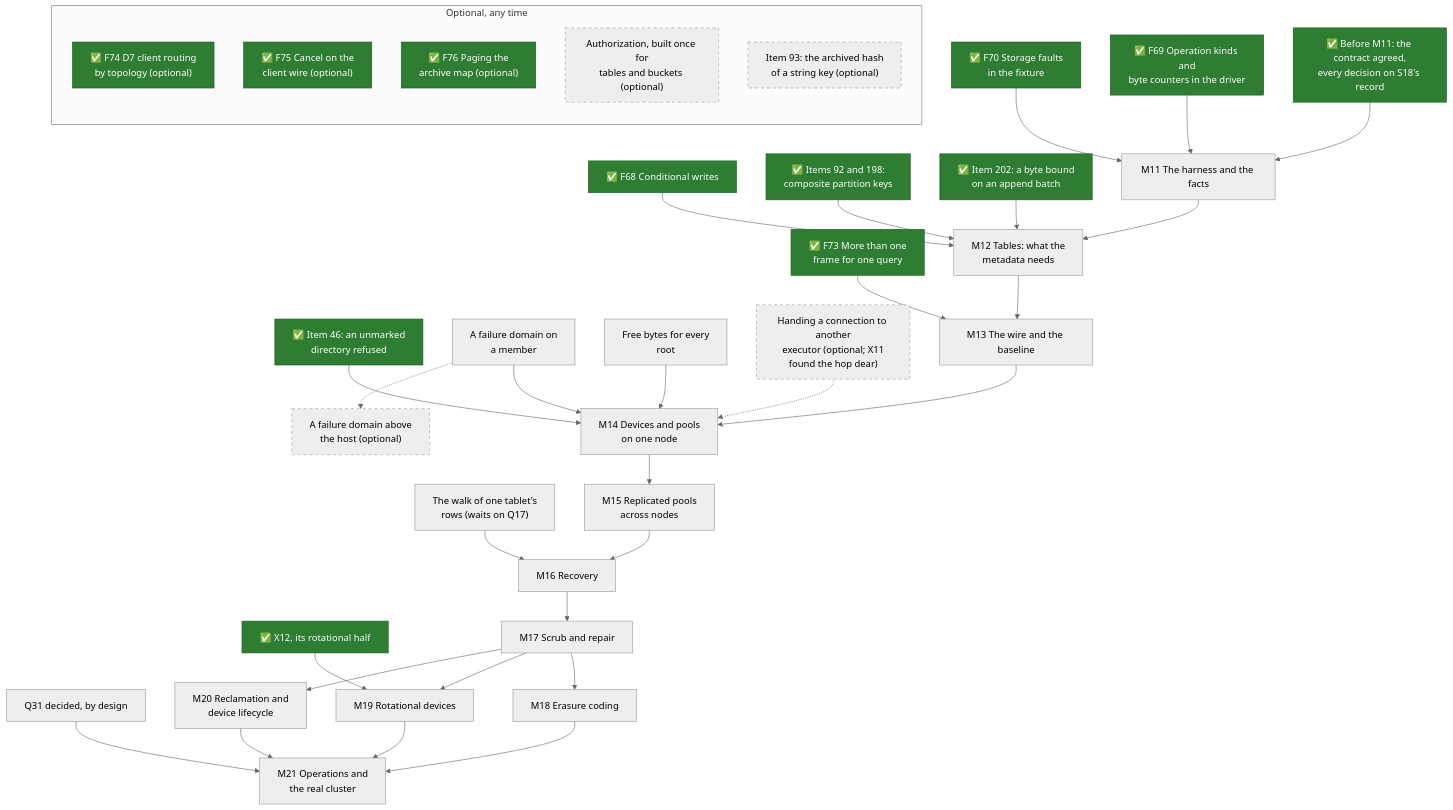
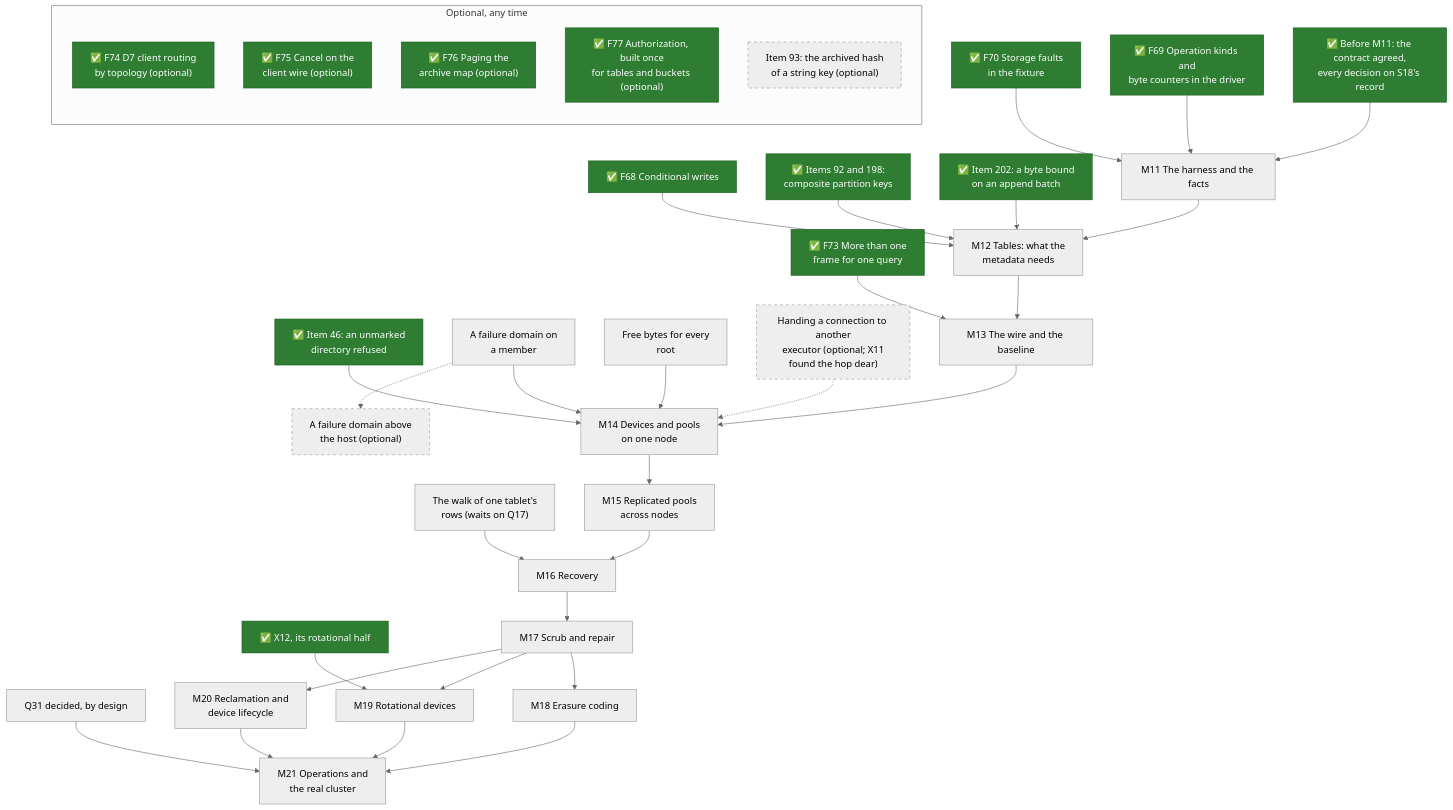
The second of 2 diagrams in docs/src/object-storage/whats-left-todo.md (mjcarson/shoal), drawn with Mermaid (neutral theme) before and after one commit. The commit also changed other lines of this file and 62 other files, not shown here.

````diff
--- a/docs/src/object-storage/whats-left-todo.md
+++ b/docs/src/object-storage/whats-left-todo.md
@@ -125,57 +126,57 @@
 ```mermaid
 flowchart TB
     classDef done fill:#2e7d32,stroke:#1b5e20,color:#ffffff
     classDef optional stroke-dasharray: 5 5
     Gate["✅ Before M11: the contract agreed,<br>every decision on S18's record"]:::done
     F69["✅ F69 Operation kinds and<br>byte counters in the driver"]:::done
     F70["✅ F70 Storage faults<br>in the fixture"]:::done
     F68["✅ F68 Conditional writes"]:::done
     I198["✅ Items 92 and 198:<br>composite partition keys"]:::done
     I202["✅ Item 202: a byte bound<br>on an append batch"]:::done
     I46["✅ Item 46: an unmarked<br>directory refused"]:::done
     Frames["✅ F73 More than one<br>frame for one query"]:::done
     Domain["A failure domain on<br>a member"]
     Free["Free bytes for every<br>root"]
     Walk["The walk of one tablet's<br>rows (waits on Q17)"]
     Handoff["Handing a connection to another<br>executor (optional; X11<br>found the hop dear)"]:::optional
     Rack["A failure domain above<br>the host (optional)"]:::optional
     X12r["✅ X12, its rotational half"]:::done
     Q31["Q31 decided, by design"]
     M11["M11 The harness and the facts"]
     M12["M12 Tables: what the<br>metadata needs"]
     M13["M13 The wire and the baseline"]
     M14["M14 Devices and pools<br>on one node"]
     M15["M15 Replicated pools<br>across nodes"]
     M16["M16 Recovery"]
     M17["M17 Scrub and repair"]
     M18["M18 Erasure coding"]
     M19["M19 Rotational devices"]
     M20["M20 Reclamation and<br>device lifecycle"]
     M21["M21 Operations and<br>the real cluster"]
     Gate --> M11 --> M12 --> M13 --> M14 --> M15 --> M16 --> M17
     M17 --> M18 --> M21
     M17 --> M19 --> M21
     M17 --> M20 --> M21
     F69 --> M11
     F70 --> M11
     F68 --> M12
     I198 --> M12
     I202 --> M12
     Frames --> M13
     I46 --> M14
     Domain --> M14
     Free --> M14
     Handoff -.-> M14
     Domain -.-> Rack
     Walk --> M16
     X12r --> M19
     Q31 --> M21
     subgraph anytime["Optional, any time"]
         direction TB
         D7["✅ F74 D7 client routing<br>by topology (optional)"]:::done
         Cancel["✅ F75 Cancel on the<br>client wire (optional)"]:::done
         Paging["✅ F76 Paging the<br>archive map (optional)"]:::done
-        Authz["Authorization, built once for<br>tables and buckets (optional)"]:::optional
+        Authz["✅ F77 Authorization, built once<br>for tables and buckets (optional)"]:::done
         I93["Item 93: the archived hash<br>of a string key (optional)"]:::optional
     end
 ```
````
